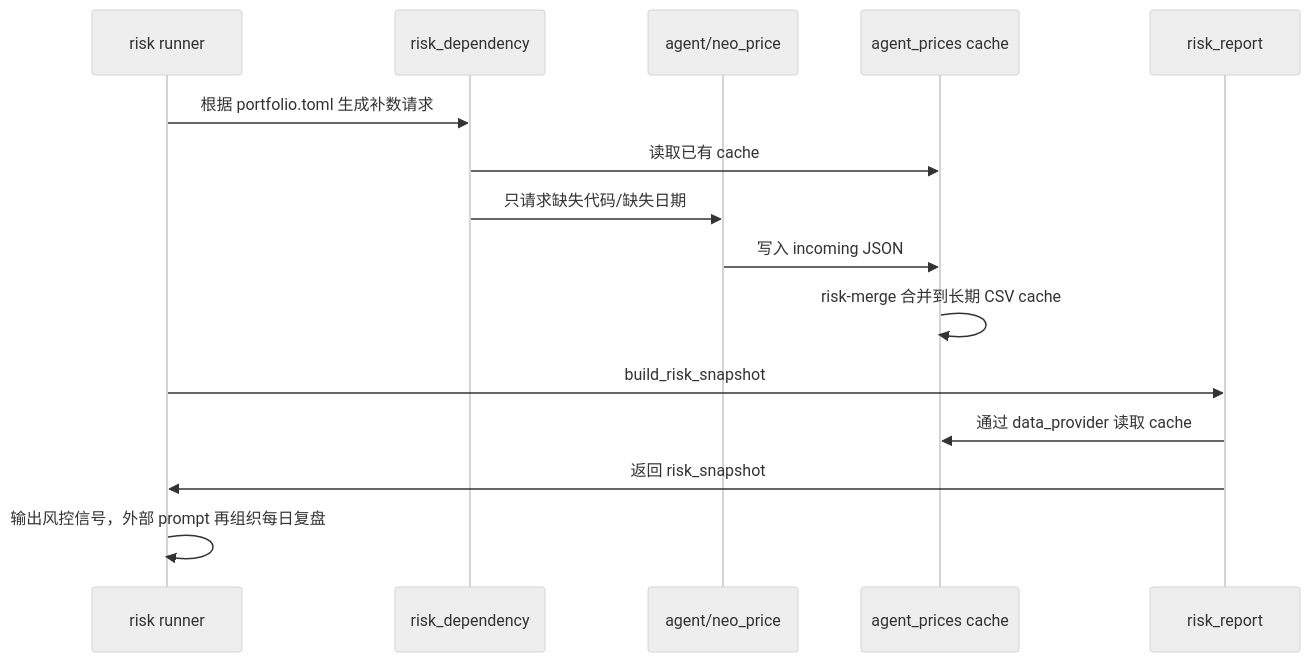
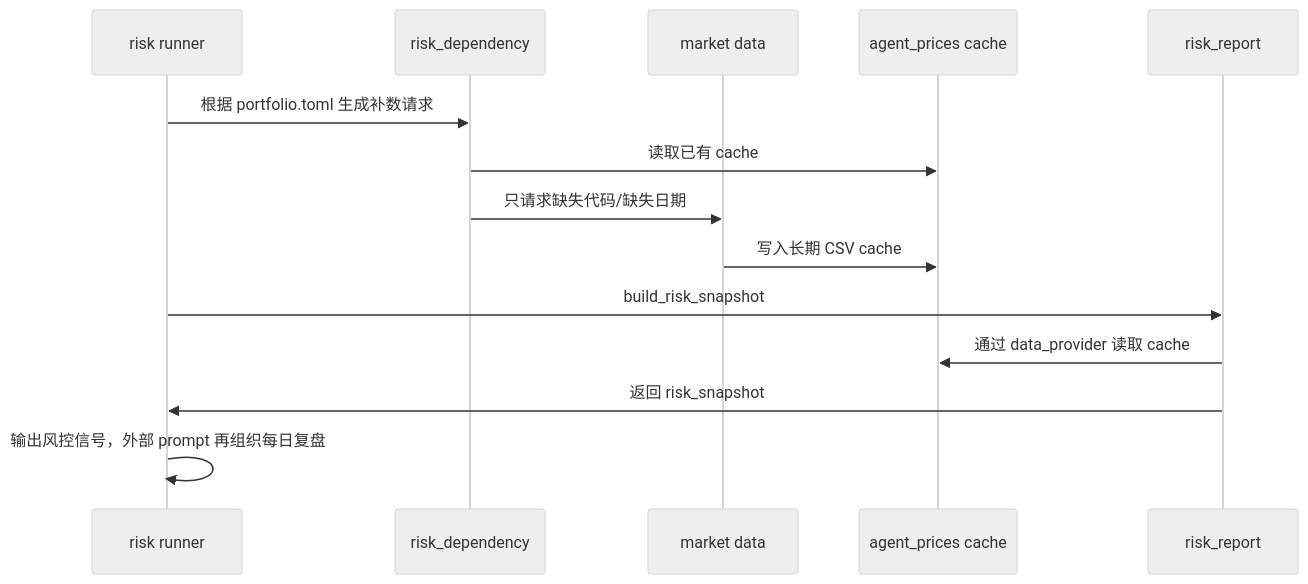
Before and after one commit to 5xgold/alpha-origin: the second of 2 diagrams in docs/risk-data-dependency-graph.md, drawn with Mermaid (neutral theme). The commit also changed other lines of this file and 21 other files, not shown here.

Commit message:
refactor(risk-control): simplify data and position rules

````diff
--- a/docs/risk-data-dependency-graph.md
+++ b/docs/risk-data-dependency-graph.md
@@ -156,18 +156,17 @@
 ```mermaid
 sequenceDiagram
     participant DR as risk runner
     participant RD as risk_dependency
-    participant AG as agent/neo_price
+    participant AG as market data
     participant AC as agent_prices cache
     participant RR as risk_report
 
     DR->>RD: 根据 portfolio.toml 生成补数请求
     RD->>AC: 读取已有 cache
     RD->>AG: 只请求缺失代码/缺失日期
-    AG->>AC: 写入 incoming JSON
-    AC->>AC: risk-merge 合并到长期 CSV cache
+    AG->>AC: 写入长期 CSV cache
     DR->>RR: build_risk_snapshot
     RR->>AC: 通过 data_provider 读取 cache
     RR->>DR: 返回 risk_snapshot
     DR->>DR: 输出风控信号，外部 prompt 再组织每日复盘
 ```
````
